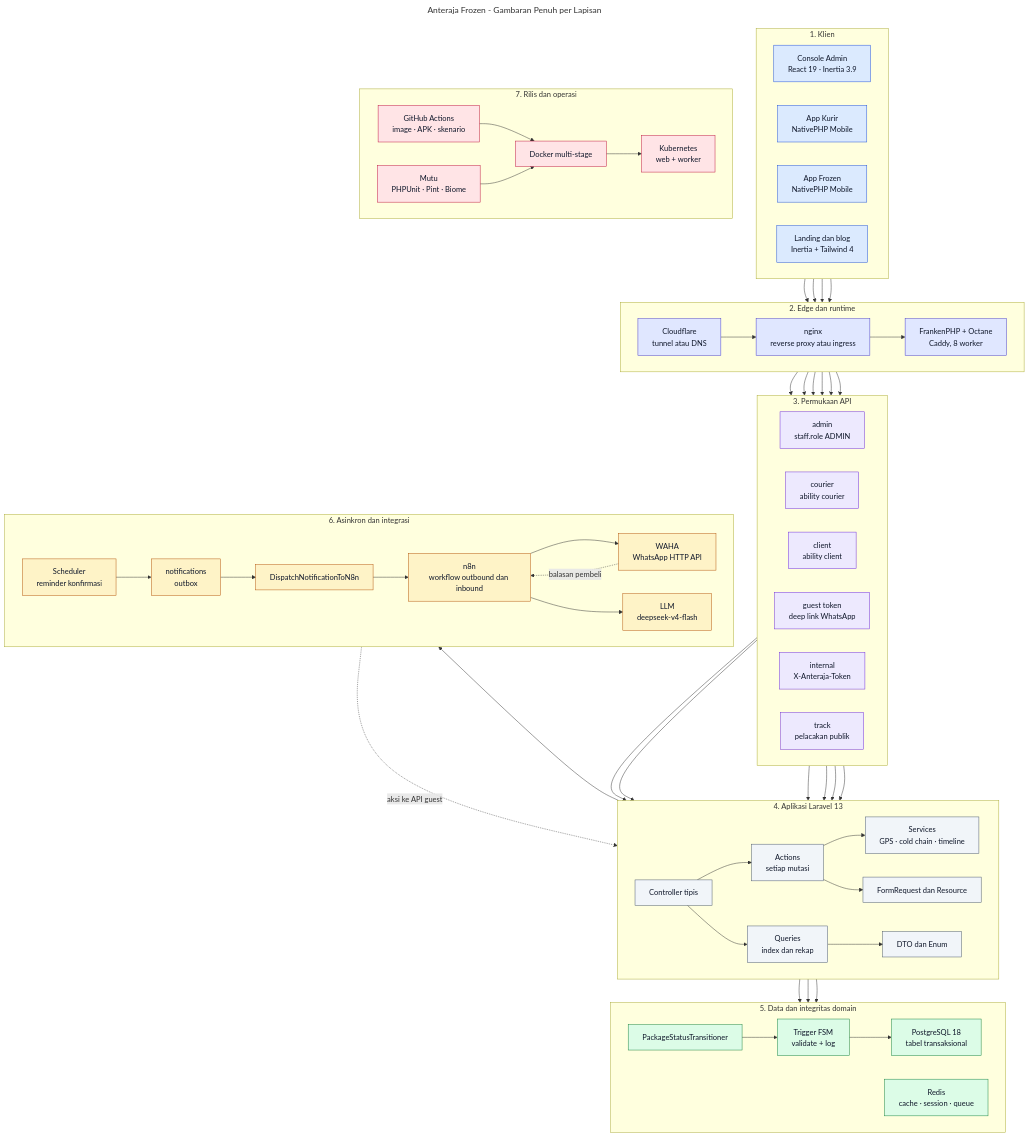
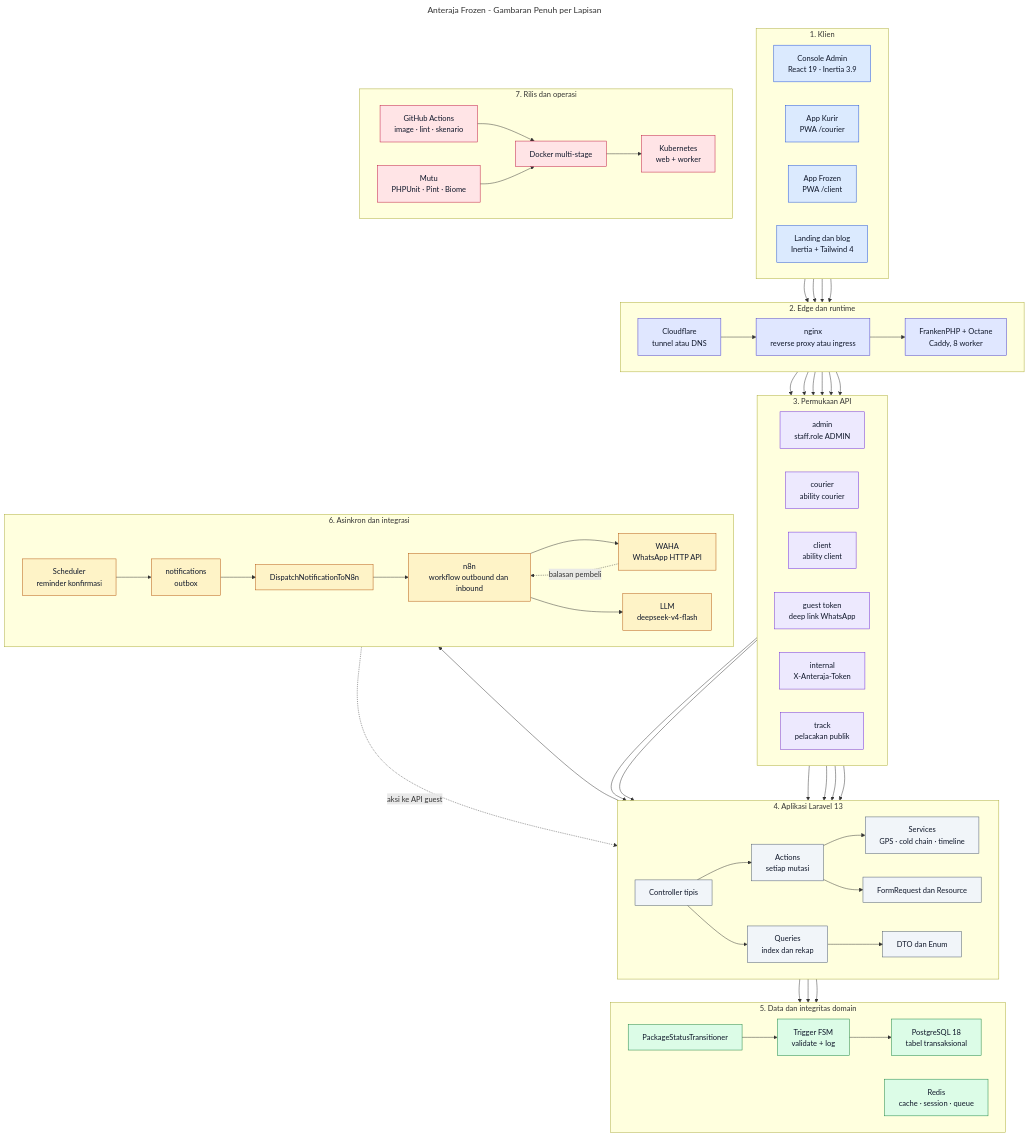
The diagram in docs/architecture/mode-full-picture.mmd (KagChi/anteraja-hackathon), drawn with Mermaid before and after one commit. The commit also changed 237 other files, not shown here.

First line of the commit message:
feat(pwa): serve the client and courier apps as PWAs, drop NativePHP

```diff
--- a/docs/architecture/mode-full-picture.mmd
+++ b/docs/architecture/mode-full-picture.mmd
@@ -1,120 +1,120 @@
 ---
 title: Anteraja Frozen - Gambaran Penuh per Lapisan
 ---
 flowchart TB
     subgraph L1["1. Klien"]
         direction LR
         C1["Console Admin<br/>React 19 · Inertia 3.9"]
-        C2["App Kurir<br/>NativePHP Mobile"]
-        C3["App Frozen<br/>NativePHP Mobile"]
+        C2["App Kurir<br/>PWA /courier"]
+        C3["App Frozen<br/>PWA /client"]
         C4["Landing dan blog<br/>Inertia + Tailwind 4"]
     end
 
     subgraph L2["2. Edge dan runtime"]
         direction LR
         E1["Cloudflare<br/>tunnel atau DNS"]
         E2["nginx<br/>reverse proxy atau ingress"]
         E3["FrankenPHP + Octane<br/>Caddy, 8 worker"]
     end
 
     subgraph L3["3. Permukaan API"]
         direction LR
         R1["admin<br/>staff.role ADMIN"]
         R2["courier<br/>ability courier"]
         R3["client<br/>ability client"]
         R4["guest token<br/>deep link WhatsApp"]
         R5["internal<br/>X-Anteraja-Token"]
         R6["track<br/>pelacakan publik"]
     end
 
     subgraph L4["4. Aplikasi Laravel 13"]
         direction LR
         A1["Controller tipis"]
         A2["Actions<br/>setiap mutasi"]
         A3["Queries<br/>index dan rekap"]
         A4["Services<br/>GPS · cold chain · timeline"]
         A5["DTO dan Enum"]
         A6["FormRequest dan Resource"]
     end
 
     subgraph L5["5. Data dan integritas domain"]
         direction LR
         D1["PostgreSQL 18<br/>tabel transaksional"]
         D2["Trigger FSM<br/>validate + log"]
         D3["PackageStatusTransitioner"]
         D4["Redis<br/>cache · session · queue"]
     end
 
     subgraph L6["6. Asinkron dan integrasi"]
         direction LR
         Q1["notifications<br/>outbox"]
         Q2["DispatchNotificationToN8n"]
         Q3["Scheduler<br/>reminder konfirmasi"]
         Q4["n8n<br/>workflow outbound dan inbound"]
         Q5["WAHA<br/>WhatsApp HTTP API"]
         Q6["LLM<br/>deepseek-v4-flash"]
     end
 
     subgraph L7["7. Rilis dan operasi"]
         direction LR
         O1["Docker multi-stage"]
         O2["Kubernetes<br/>web + worker"]
-        O3["GitHub Actions<br/>image · APK · skenario"]
+        O3["GitHub Actions<br/>image · lint · skenario"]
         O4["Mutu<br/>PHPUnit · Pint · Biome"]
     end
 
     C1 --> E1
     C2 --> E1
     C3 --> E1
     C4 --> E1
     E1 --> E2
     E2 --> E3
     E3 --> R1
     E3 --> R2
     E3 --> R3
     E3 --> R4
     E3 --> R5
     E3 --> R6
     R1 --> A1
     R2 --> A1
     R3 --> A1
     R4 --> A1
     R5 --> A1
     R6 --> A1
     A1 --> A2
     A1 --> A3
     A2 --> A4
     A2 --> A6
     A3 --> A5
     A2 --> D3
     D3 --> D2
     D2 --> D1
     A3 --> D1
     A2 --> D4
     A2 --> Q1
     Q3 --> Q1
     Q1 --> Q2
     Q2 --> Q4
     Q4 --> Q5
     Q4 --> Q6
     Q5 -.->|balasan pembeli| Q4
     Q4 -.->|aksi ke API guest| A1
     O3 --> O1
     O4 --> O1
     O1 --> O2
 
     classDef klien fill:#dbeafe,stroke:#1d4ed8,color:#0f172a
     classDef runtime fill:#e0e7ff,stroke:#4338ca,color:#0f172a
     classDef api fill:#ede9fe,stroke:#6d28d9,color:#0f172a
     classDef app fill:#f1f5f9,stroke:#475569,color:#0f172a
     classDef data fill:#dcfce7,stroke:#15803d,color:#0f172a
     classDef luar fill:#fef3c7,stroke:#b45309,color:#0f172a
     classDef ops fill:#ffe4e6,stroke:#be123c,color:#0f172a
 
     class C1,C2,C3,C4 klien
     class E1,E2,E3 runtime
     class R1,R2,R3,R4,R5,R6 api
     class A1,A2,A3,A4,A5,A6 app
     class D1,D2,D3,D4 data
     class Q1,Q2,Q3,Q4,Q5,Q6 luar
     class O1,O2,O3,O4 ops
```
